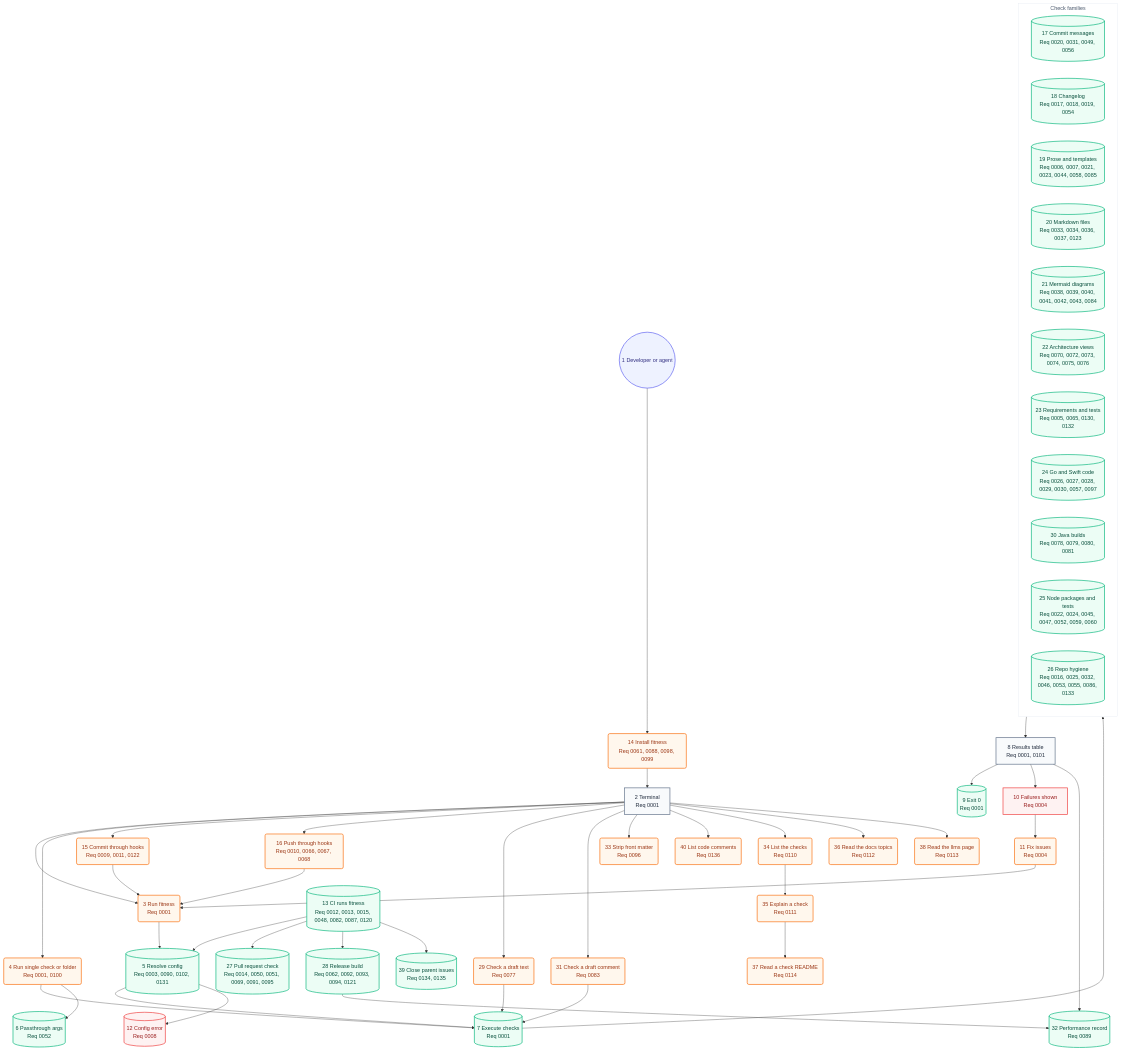
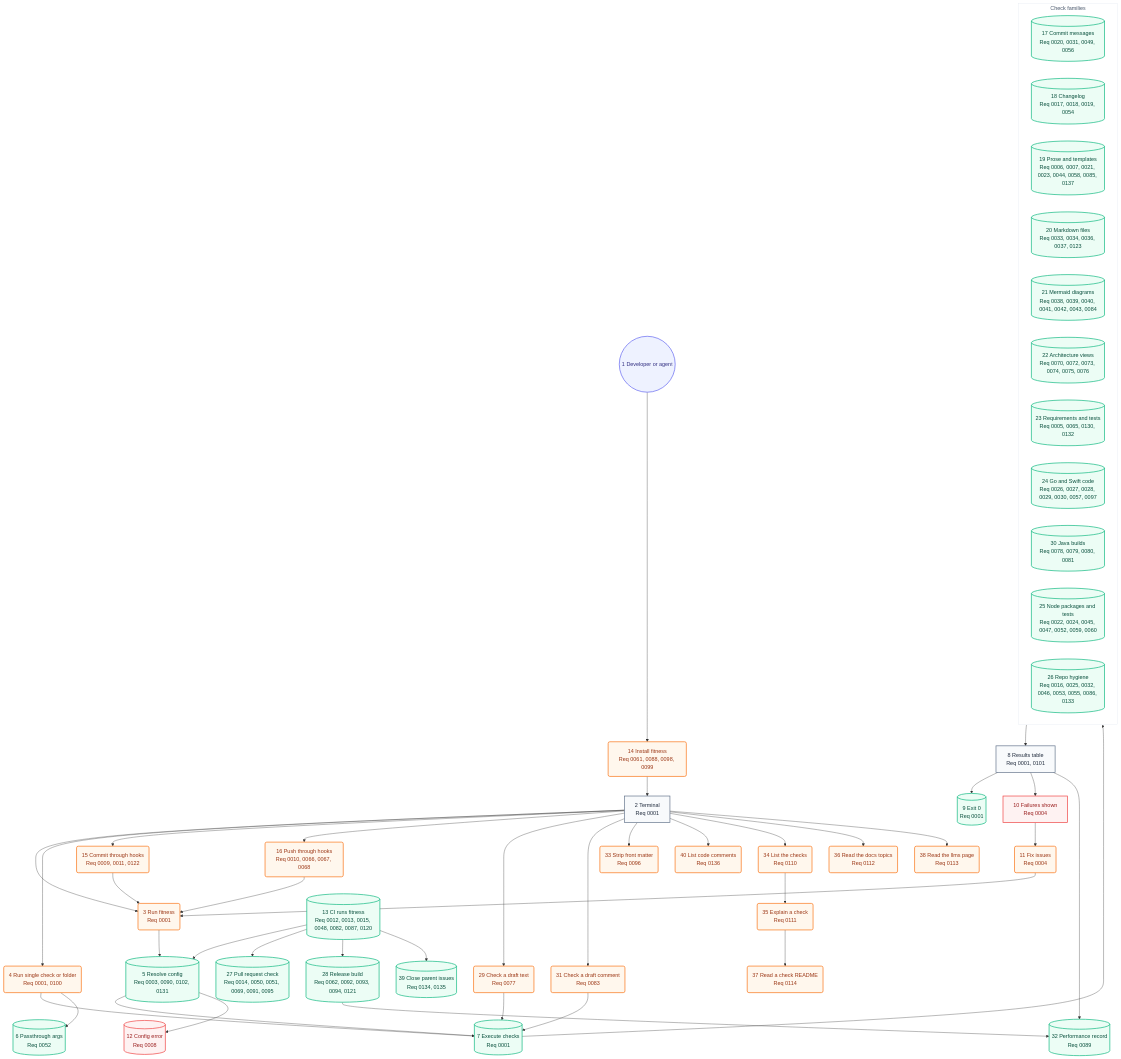
Before and after one commit to may-journal/fitness-runner: the second of 2 diagrams in docs/architecture/05-user-journey.md, drawn with Mermaid. The commit also changed 19 other files, not shown here.

```diff
--- a/docs/architecture/05-user-journey.md
+++ b/docs/architecture/05-user-journey.md
@@ -57,7 +57,7 @@
     subgraph checks["Check families"]
         commitChecks[(17 Commit messages<br/>Req 0020, 0031, 0049, 0056)]:::system
         changelogChecks[(18 Changelog<br/>Req 0017, 0018, 0019, 0054)]:::system
-        proseChecks[(19 Prose and templates<br/>Req 0006, 0007, 0021, 0023, 0044, 0058, 0085)]:::system
+        proseChecks[(19 Prose and templates<br/>Req 0006, 0007, 0021, 0023, 0044, 0058, 0085, 0137)]:::system
         markdownChecks[(20 Markdown files<br/>Req 0033, 0034, 0036, 0037, 0123)]:::system
         mermaidChecks[(21 Mermaid diagrams<br/>Req 0038, 0039, 0040, 0041, 0042, 0043, 0084)]:::system
         architectureChecks[(22 Architecture views<br/>Req 0070, 0072, 0073, 0074, 0075, 0076)]:::system
```
